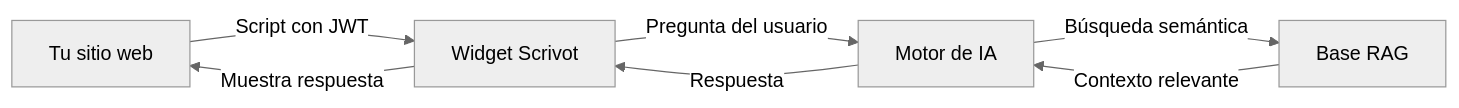
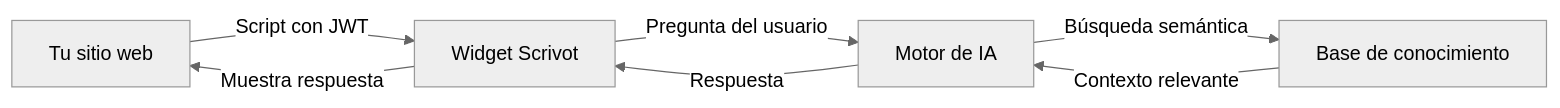
The diagram in introduction.mdx (sebasegovia01/scrivot-docs), drawn with Mermaid (neutral theme) before and after one commit. The commit also changed other lines of this file and 22 other files, not shown here.

````diff
--- a/introduction.mdx
+++ b/introduction.mdx
@@ -29,9 +29,9 @@
 ```mermaid
 flowchart LR
     A[Tu sitio web] -->|Script con JWT| B[Widget Scrivot]
     B -->|Pregunta del usuario| C[Motor de IA]
-    C -->|Búsqueda semántica| D[Base RAG]
+    C -->|Búsqueda semántica| D[Base de conocimiento]
     D -->|Contexto relevante| C
     C -->|Respuesta| B
     B -->|Muestra respuesta| A
 ```
````
